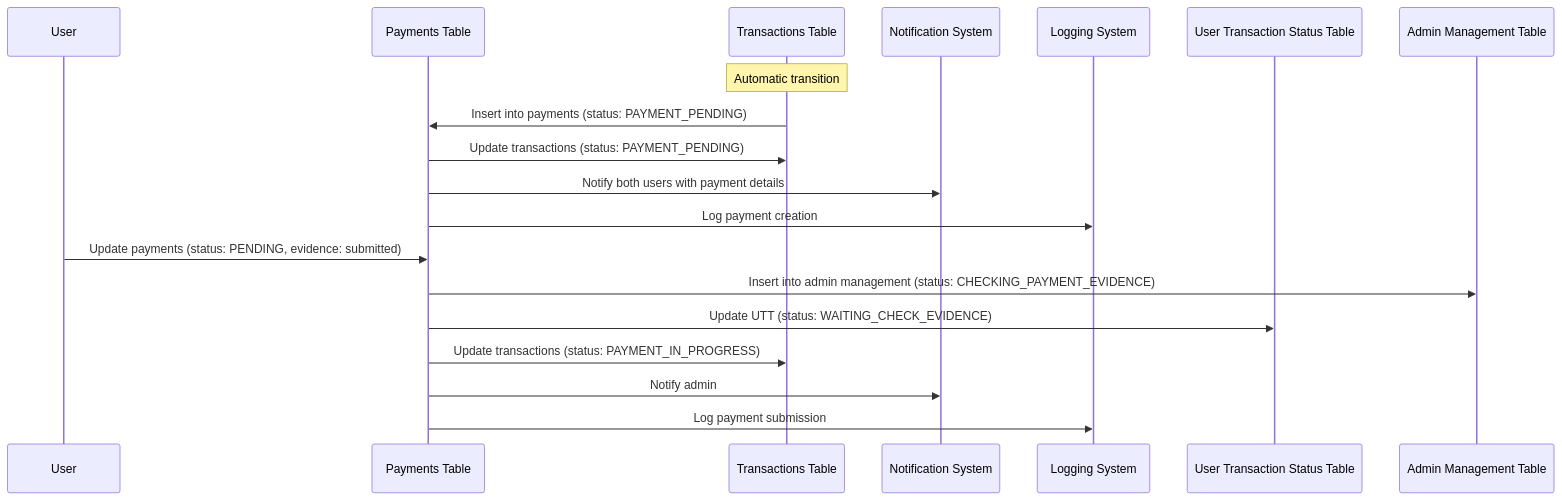
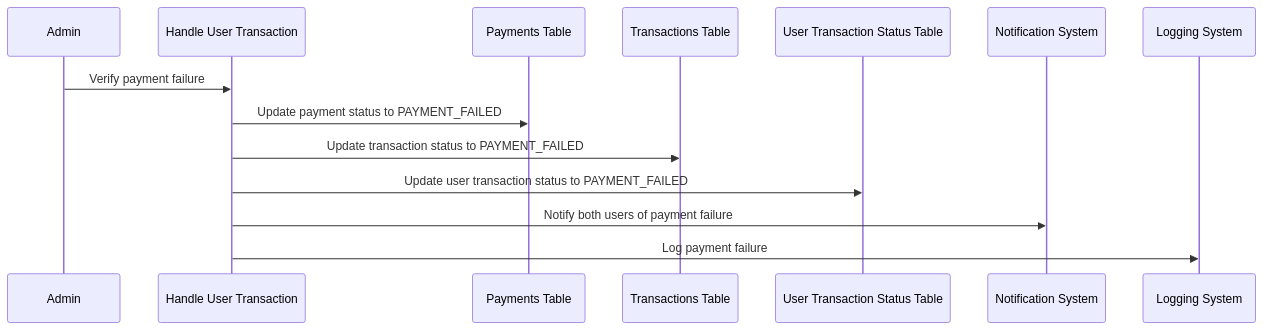
Before and after one commit to Loknong/book-exchange: the sixth of 11 diagrams in documents/Exchange.flow.md, drawn with Mermaid. The commit also changed other lines of this file, not shown here.

````diff
--- a/documents/Exchange.flow.md
+++ b/documents/Exchange.flow.md
@@ -206,23 +208,17 @@
 ```mermaid
 sequenceDiagram
-    participant User
+    participant Admin
+    participant HandleUserTransaction as Handle User Transaction
     participant PaymentsTable as Payments Table
     participant TransactionsTable as Transactions Table
+    participant UserTransactionStatusTable as User Transaction Status Table
     participant NotificationSystem as Notification System
     participant LoggingSystem as Logging System
-    participant UserTransactionStatusTable as User Transaction Status Table
-    participant AdminManagementTable as Admin Management Table
 
-    note over TransactionsTable: Automatic transition
-    TransactionsTable->>PaymentsTable: Insert into payments (status: PAYMENT_PENDING)
-    PaymentsTable->>TransactionsTable: Update transactions (status: PAYMENT_PENDING)
-    PaymentsTable->>NotificationSystem: Notify both users with payment details
-    PaymentsTable->>LoggingSystem: Log payment creation
-
-    User->>PaymentsTable: Update payments (status: PENDING, evidence: submitted)
-    PaymentsTable->>AdminManagementTable: Insert into admin management (status: CHECKING_PAYMENT_EVIDENCE)
-    PaymentsTable->>UserTransactionStatusTable: Update UTT (status: WAITING_CHECK_EVIDENCE)
-    PaymentsTable->>TransactionsTable: Update transactions (status: PAYMENT_IN_PROGRESS)
-    PaymentsTable->>NotificationSystem: Notify admin
-    PaymentsTable->>LoggingSystem: Log payment submission
+    Admin->>HandleUserTransaction: Verify payment failure
+    HandleUserTransaction->>PaymentsTable: Update payment status to PAYMENT_FAILED
+    HandleUserTransaction->>TransactionsTable: Update transaction status to PAYMENT_FAILED
+    HandleUserTransaction->>UserTransactionStatusTable: Update user transaction status to PAYMENT_FAILED
+    HandleUserTransaction->>NotificationSystem: Notify both users of payment failure
+    HandleUserTransaction->>LoggingSystem: Log payment failure
 ```
````
